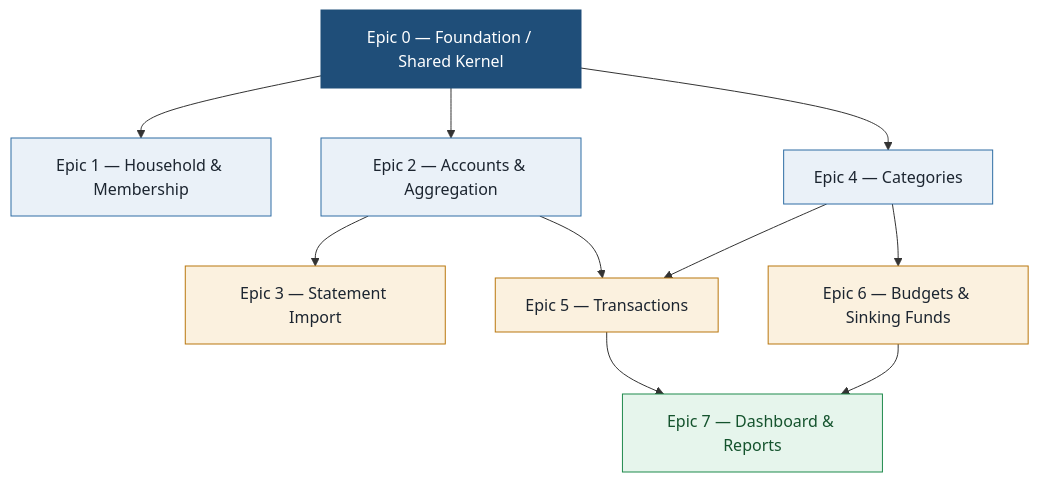
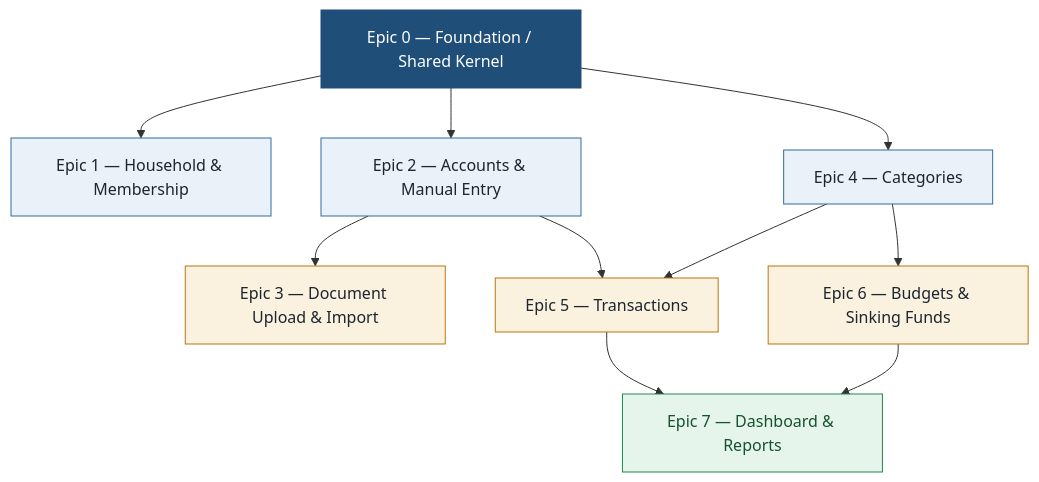
One commit to hkusingh/pfm changed the diagram in docs/phase1-epics-and-stories.md. Above: the diagram before and after it, drawn with Mermaid. The commit also changed other lines of this file and 7 other files, not shown here.

````diff
--- a/docs/phase1-epics-and-stories.md
+++ b/docs/phase1-epics-and-stories.md
@@ -18,25 +18,25 @@
 ```mermaid
 flowchart TD
   E0[Epic 0 — Foundation / Shared Kernel]:::k
   E1[Epic 1 — Household & Membership]:::a
-  E2[Epic 2 — Accounts & Aggregation]:::a
+  E2[Epic 2 — Accounts & Manual Entry]:::a
   E4[Epic 4 — Categories]:::a
-  E3[Epic 3 — Statement Import]:::b
+  E3[Epic 3 — Document Upload & Import]:::b
   E5[Epic 5 — Transactions]:::b
   E6[Epic 6 — Budgets & Sinking Funds]:::b
   E7[Epic 7 — Dashboard & Reports]:::c
 
   E0 --> E1
   E0 --> E2
   E0 --> E4
   E2 --> E3
   E2 --> E5
   E4 --> E5
   E4 --> E6
   E5 --> E7
   E6 --> E7
   classDef k fill:#1F4E79,color:#fff,stroke:#1F4E79;
   classDef a fill:#eaf1f8,stroke:#2E6DA4,color:#1c2530;
   classDef b fill:#fbf1df,stroke:#B9770E,color:#1c2530;
   classDef c fill:#e6f5ec,stroke:#1F8A4C,color:#14532d;
 ```
````
